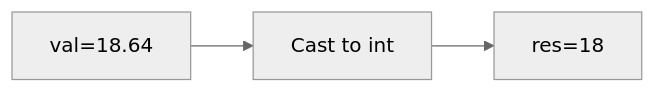
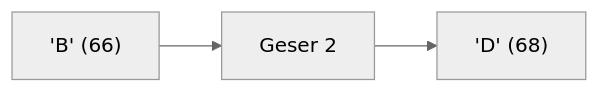
Diagram 14 of 25 in part-c-pemahaman-cpp/01-tipe-data/latihan/set-04.md (amnahwaida/OSNK_INF_PREP), drawn with Mermaid (neutral theme) before and after one commit. The commit also changed other lines of this file and 71 other files, not shown here.

````diff
--- a/part-c-pemahaman-cpp/01-tipe-data/latihan/set-04.md
+++ b/part-c-pemahaman-cpp/01-tipe-data/latihan/set-04.md
@@ -373,5 +392,5 @@
 ```mermaid
 graph LR
-A["val=18.64"] --> B["Cast to int"]
-B --> C["res=18"]
+A["'B' (66)"] --> B["Geser 2"]
+B --> C["'D' (68)"]
 ```
````
